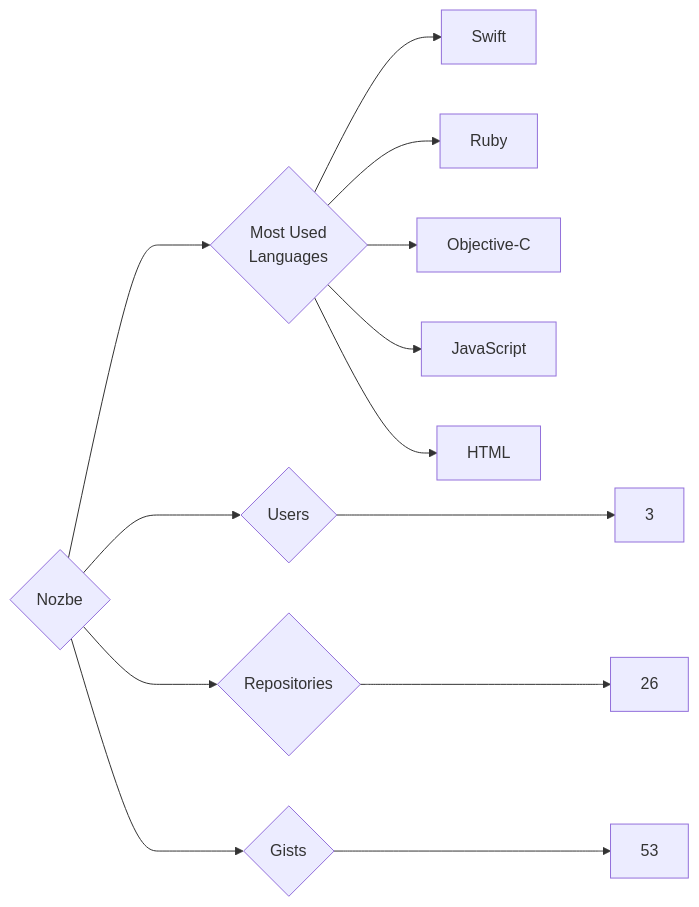
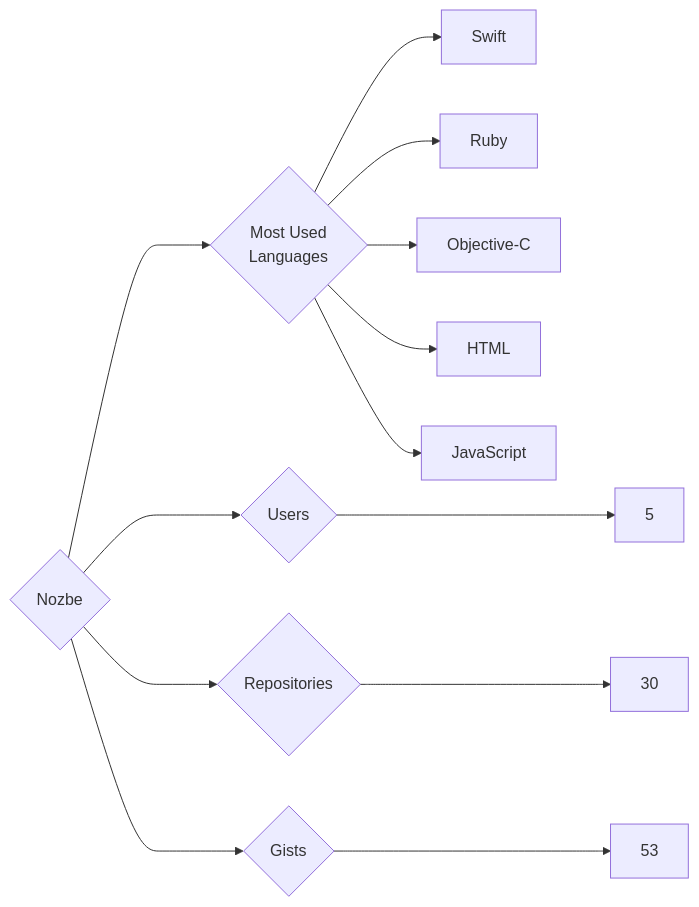
One commit to trickest/insiders changed the diagram in targets/Nozbe/README.md. Above: the diagram before and after it, drawn with Mermaid. The commit also changed 814 other files, not shown here.

````diff
--- a/targets/Nozbe/README.md
+++ b/targets/Nozbe/README.md
@@ -3,13 +3,13 @@
 ```mermaid
 graph LR
 COMPANY_NAME{Nozbe}
-COMPANY_NAME ---> U{Users} ---> UN[3]
-COMPANY_NAME ---> R{Repositories} ---> RN[26]
+COMPANY_NAME ---> U{Users} ---> UN[5]
+COMPANY_NAME ---> R{Repositories} ---> RN[30]
 COMPANY_NAME ---> G{Gists} ---> GN[53]
 COMPANY_NAME ---> ML{Most Used<br>Languages}
 ML --> Swift[Swift]
 ML --> Ruby[Ruby]
 ML --> Objective-C[Objective-C]
+ML --> HTML[HTML]
 ML --> JavaScript[JavaScript]
-ML --> HTML[HTML]
 ```
````
